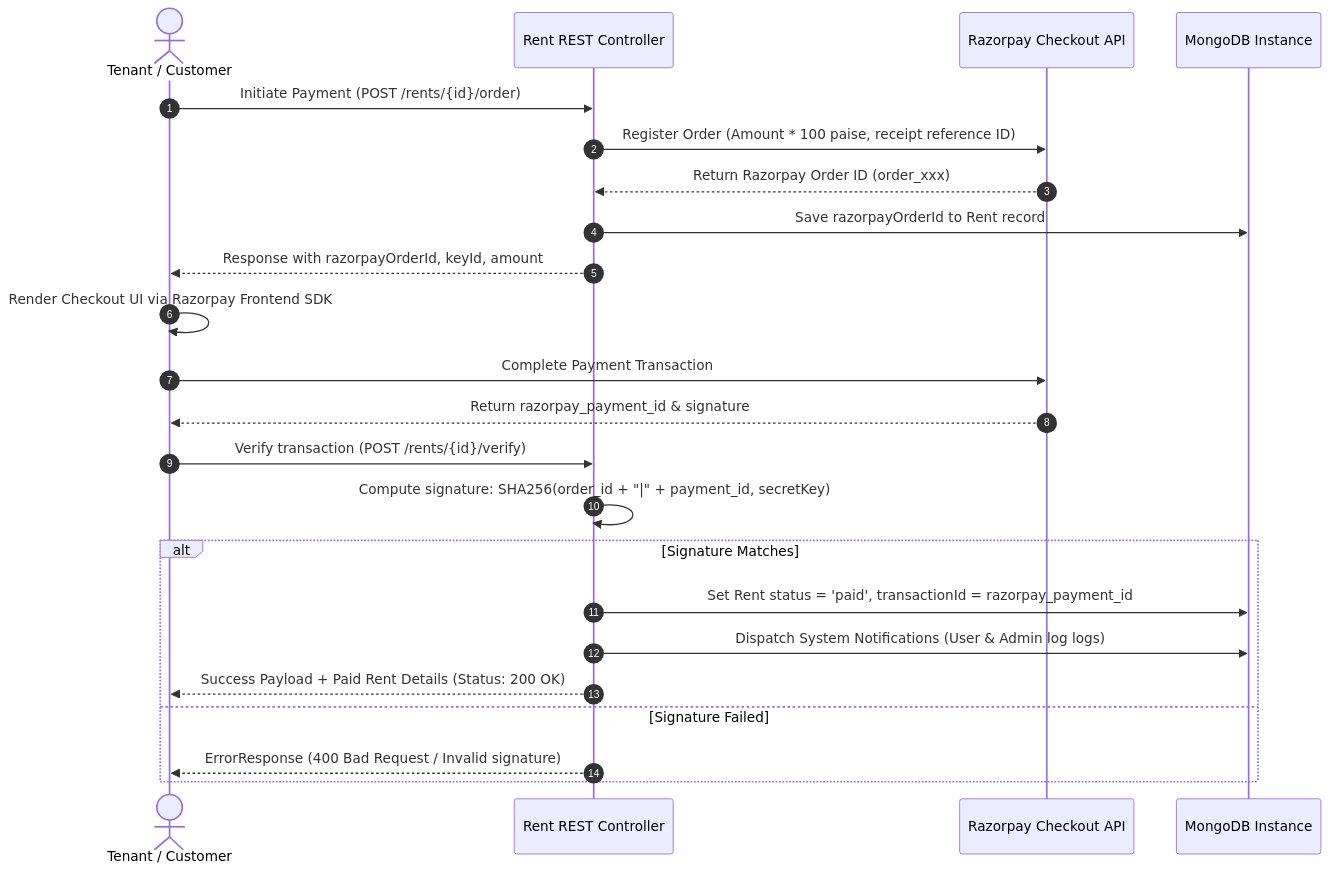
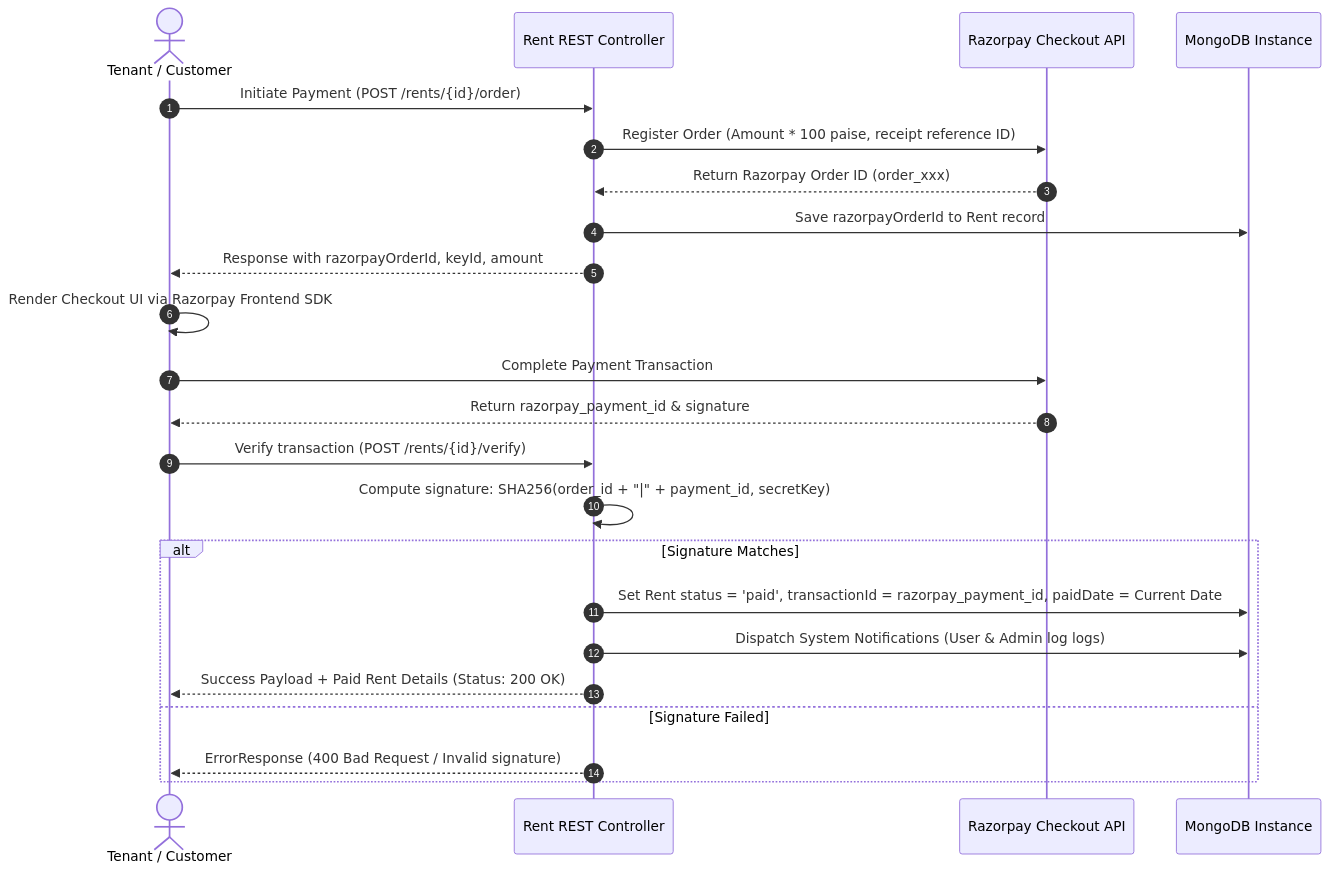
Before and after one commit to saksham2882/property-rental-management-system: the fourth of 4 diagrams in rental-portal-backend/README.md, drawn with Mermaid. The commit also changed other lines of this file, not shown here.

````diff
--- a/rental-portal-backend/README.md
+++ b/rental-portal-backend/README.md
@@ -248,28 +241,28 @@
 ```mermaid
 sequenceDiagram
     autonumber
     actor Tenant as Tenant / Customer
     participant API as Rent REST Controller
     participant Razorpay as Razorpay Checkout API
     participant DB as MongoDB Instance
 
     Tenant->>API: Initiate Payment (POST /rents/{id}/order)
     API->>Razorpay: Register Order (Amount * 100 paise, receipt reference ID)
     Razorpay-->>API: Return Razorpay Order ID (order_xxx)
     API->>DB: Save razorpayOrderId to Rent record
     API-->>Tenant: Response with razorpayOrderId, keyId, amount
     
     Tenant->>Tenant: Render Checkout UI via Razorpay Frontend SDK
     Tenant->>Razorpay: Complete Payment Transaction
     Razorpay-->>Tenant: Return razorpay_payment_id & signature
     
     Tenant->>API: Verify transaction (POST /rents/{id}/verify)
     API->>API: Compute signature: SHA256(order_id + "|" + payment_id, secretKey)
     alt Signature Matches
-        API->>DB: Set Rent status = 'paid', transactionId = razorpay_payment_id
+        API->>DB: Set Rent status = 'paid', transactionId = razorpay_payment_id, paidDate = Current Date
         API->>DB: Dispatch System Notifications (User & Admin log logs)
         API-->>Tenant: Success Payload + Paid Rent Details (Status: 200 OK)
     else Signature Failed
         API-->>Tenant: ErrorResponse (400 Bad Request / Invalid signature)
     end
 ```
````
